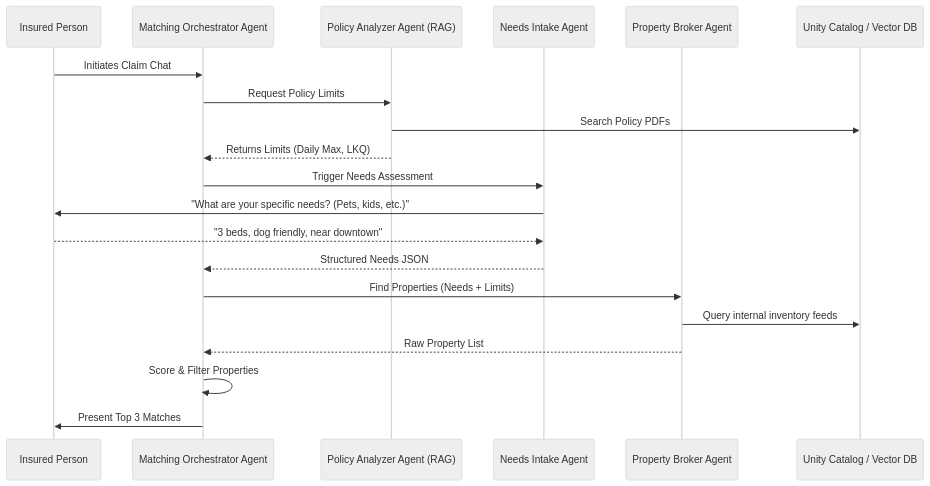
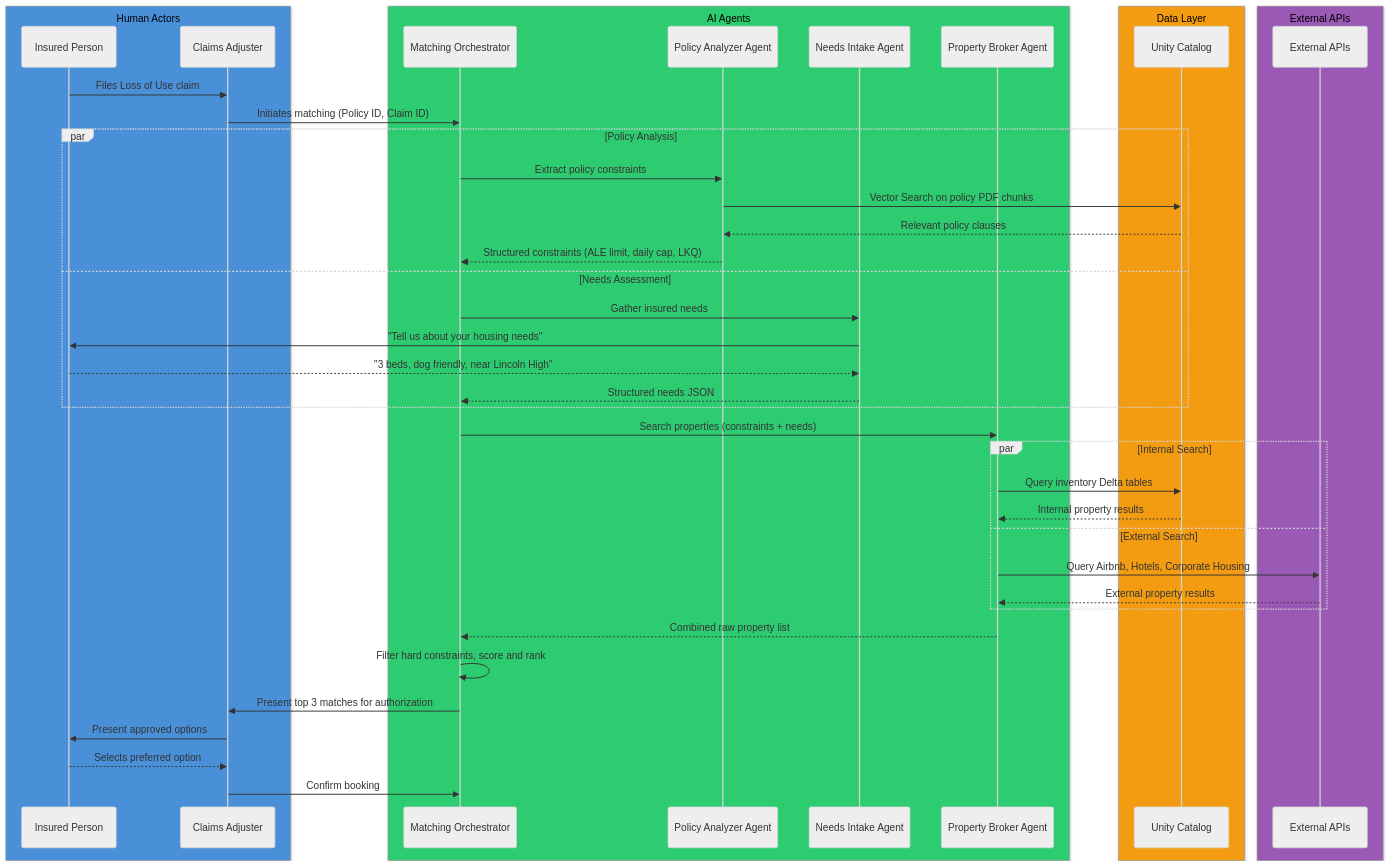
Before and after one commit to toanbui626391/applied_ai_agents: the second of 3 diagrams in docs/design.md, drawn with Mermaid (neutral theme). The commit also changed other lines of this file and 1 other file, not shown here.

````diff
--- a/docs/design.md
+++ b/docs/design.md
@@ -70,26 +87,50 @@
 ```mermaid
 sequenceDiagram
-    participant User as Insured Person
-    participant Orchestrator as Matching Orchestrator Agent
-    participant Analyzer as Policy Analyzer Agent (RAG)
-    participant Intake as Needs Intake Agent
-    participant Broker as Property Broker Agent
-    participant UC as Unity Catalog / Vector DB
+    box rgb(74, 144, 217) Human Actors
+        participant Insured as Insured Person
+        participant Adjuster as Claims Adjuster
+    end
+    box rgb(46, 204, 113) AI Agents
+        participant Orchestrator as Matching Orchestrator
+        participant Analyzer as Policy Analyzer Agent
+        participant Intake as Needs Intake Agent
+        participant Broker as Property Broker Agent
+    end
+    box rgb(243, 156, 18) Data Layer
+        participant UC as Unity Catalog
+    end
+    box rgb(155, 89, 182) External APIs
+        participant ExtAPI as External APIs
+    end
 
-    User->>Orchestrator: Initiates Claim Chat
-    Orchestrator->>Analyzer: Request Policy Limits
-    Analyzer->>UC: Search Policy PDFs
-    Analyzer-->>Orchestrator: Returns Limits (Daily Max, LKQ)
-    
-    Orchestrator->>Intake: Trigger Needs Assessment
-    Intake->>User: "What are your specific needs? (Pets, kids, etc.)"
-    User-->>Intake: "3 beds, dog friendly, near downtown"
-    Intake-->>Orchestrator: Structured Needs JSON
-    
-    Orchestrator->>Broker: Find Properties (Needs + Limits)
-    Broker->>UC: Query internal inventory feeds
-    Broker-->>Orchestrator: Raw Property List
-    
-    Orchestrator->>Orchestrator: Score & Filter Properties
-    Orchestrator->>User: Present Top 3 Matches
+    Insured->>Adjuster: Files Loss of Use claim
+    Adjuster->>Orchestrator: Initiates matching (Policy ID, Claim ID)
+
+    par Policy Analysis
+        Orchestrator->>Analyzer: Extract policy constraints
+        Analyzer->>UC: Vector Search on policy PDF chunks
+        UC-->>Analyzer: Relevant policy clauses
+        Analyzer-->>Orchestrator: Structured constraints (ALE limit, daily cap, LKQ)
+    and Needs Assessment
+        Orchestrator->>Intake: Gather insured needs
+        Intake->>Insured: "Tell us about your housing needs"
+        Insured-->>Intake: "3 beds, dog friendly, near Lincoln High"
+        Intake-->>Orchestrator: Structured needs JSON
+    end
+
+    Orchestrator->>Broker: Search properties (constraints + needs)
+    par Internal Search
+        Broker->>UC: Query inventory Delta tables
+        UC-->>Broker: Internal property results
+    and External Search
+        Broker->>ExtAPI: Query Airbnb, Hotels, Corporate Housing
+        ExtAPI-->>Broker: External property results
+    end
+    Broker-->>Orchestrator: Combined raw property list
+
+    Orchestrator->>Orchestrator: Filter hard constraints, score and rank
+    Orchestrator->>Adjuster: Present top 3 matches for authorization
+    Adjuster->>Insured: Present approved options
+    Insured-->>Adjuster: Selects preferred option
+    Adjuster->>Orchestrator: Confirm booking
 ```
````
